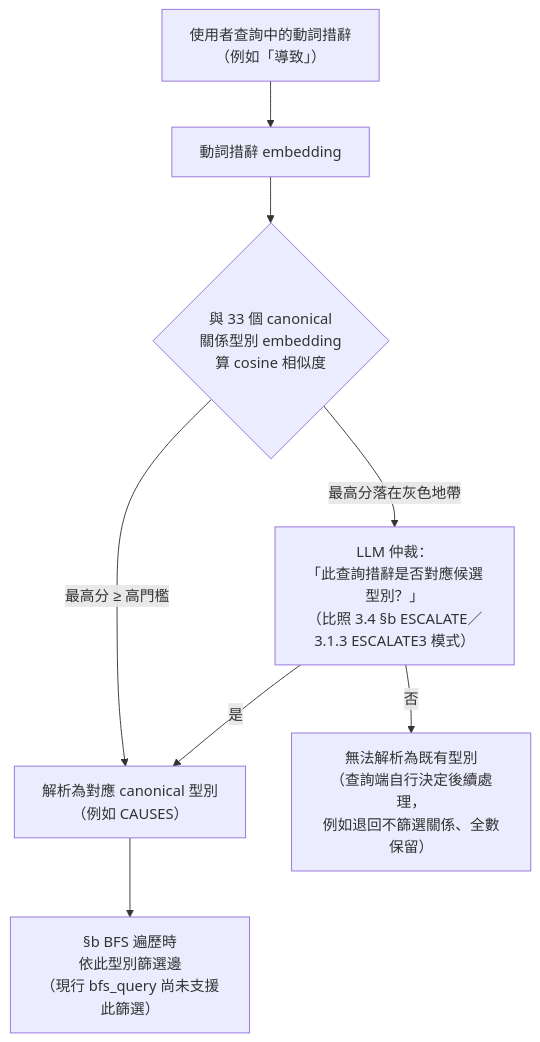
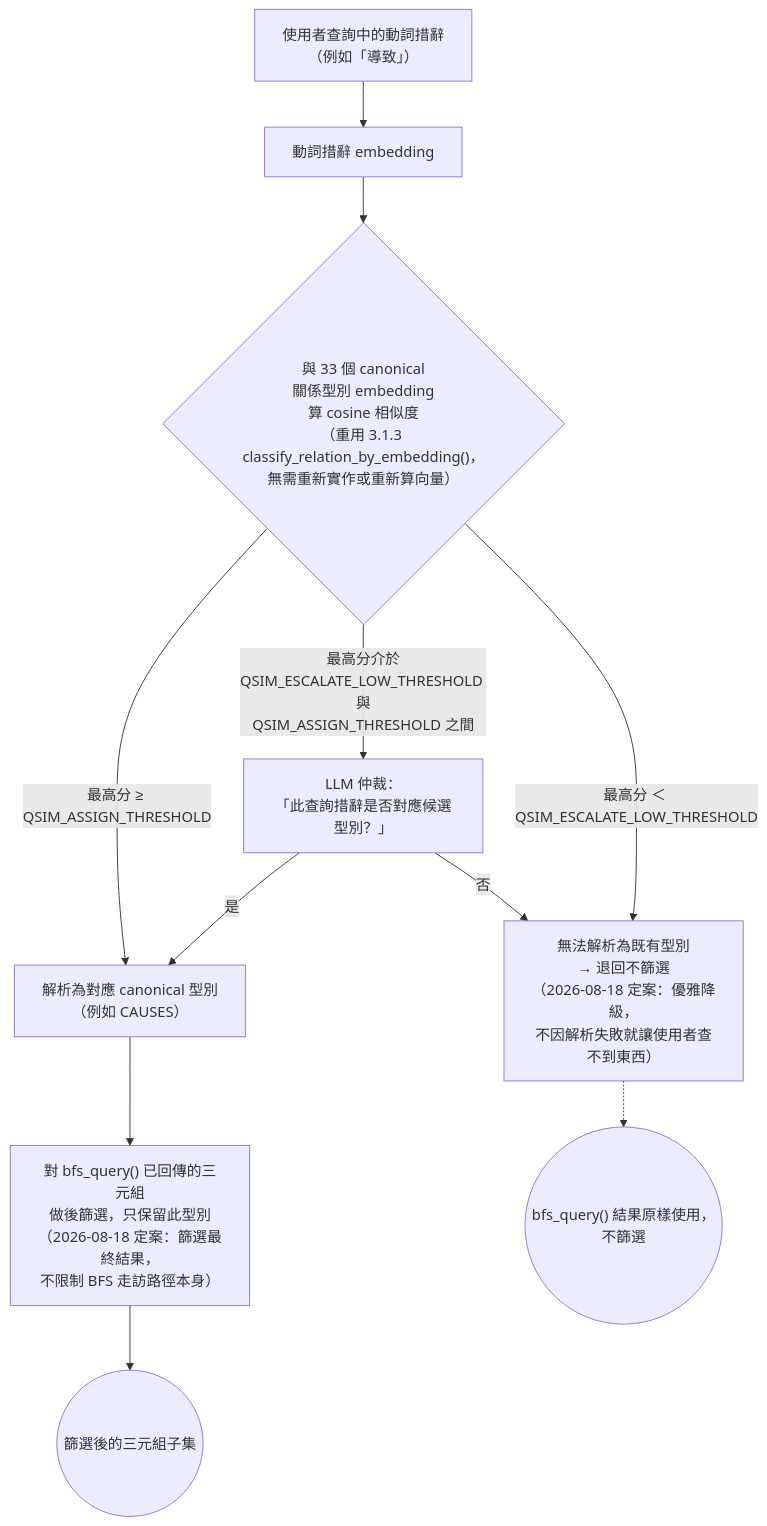
One commit to Chester930/world-knowledge-graph-rag changed diagram 13 of 18 in docs/論文/03_系統設計與方法論.md. Above: the diagram before and after it, drawn with Mermaid. The commit also changed other lines of this file and 2 other files, not shown here.

````diff
--- a/docs/論文/03_系統設計與方法論.md
+++ b/docs/論文/03_系統設計與方法論.md
@@ -641,10 +641,13 @@
 ```mermaid
 flowchart TD
     UQ["使用者查詢中的動詞措辭<br/>（例如「導致」）"] --> QEMB["動詞措辭 embedding"]
-    QEMB --> QSIM{"與 33 個 canonical<br/>關係型別 embedding<br/>算 cosine 相似度"}
-    QSIM -->|"最高分 ≥ 高門檻"| QASSIGN["解析為對應 canonical 型別<br/>（例如 CAUSES）"]
-    QSIM -->|"最高分落在灰色地帶"| QESCALATE["LLM 仲裁：<br/>「此查詢措辭是否對應候選型別？」<br/>（比照 3.4 §b ESCALATE／3.1.3 ESCALATE3 模式）"]
+    QEMB --> QSIM{"與 33 個 canonical<br/>關係型別 embedding<br/>算 cosine 相似度<br/>（重用 3.1.3 classify_relation_by_embedding()，<br/>無需重新實作或重新算向量）"}
+    QSIM -->|"最高分 ≥ QSIM_ASSIGN_THRESHOLD"| QASSIGN["解析為對應 canonical 型別<br/>（例如 CAUSES）"]
+    QSIM -->|"最高分介於<br/>QSIM_ESCALATE_LOW_THRESHOLD 與<br/>QSIM_ASSIGN_THRESHOLD 之間"| QESCALATE["LLM 仲裁：<br/>「此查詢措辭是否對應候選型別？」"]
+    QSIM -->|"最高分 ＜ QSIM_ESCALATE_LOW_THRESHOLD"| QNOMATCH
     QESCALATE -->|是| QASSIGN
-    QESCALATE -->|否| QNOMATCH["無法解析為既有型別<br/>（查詢端自行決定後續處理，<br/>例如退回不篩選關係、全數保留）"]
-    QASSIGN --> QFILTER["§b BFS 遍歷時<br/>依此型別篩選邊<br/>（現行 bfs_query 尚未支援此篩選）"]
+    QESCALATE -->|否| QNOMATCH["無法解析為既有型別<br/>→ 退回不篩選<br/>（2026-08-18 定案：優雅降級，<br/>不因解析失敗就讓使用者查不到東西）"]
+    QASSIGN --> QFILTER["對 bfs_query() 已回傳的三元組<br/>做後篩選，只保留此型別<br/>（2026-08-18 定案：篩選最終結果，<br/>不限制 BFS 走訪路徑本身）"]
+    QNOMATCH -.-> KEEPALL(("bfs_query() 結果原樣使用，<br/>不篩選"))
+    QFILTER --> FILTERED(("篩選後的三元組子集"))
 ```
````
